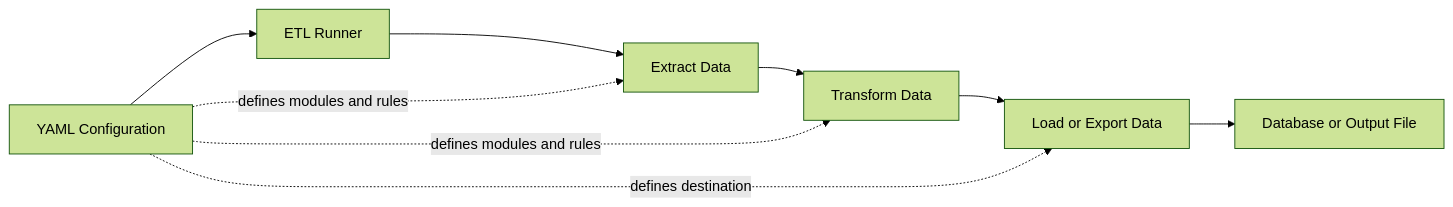
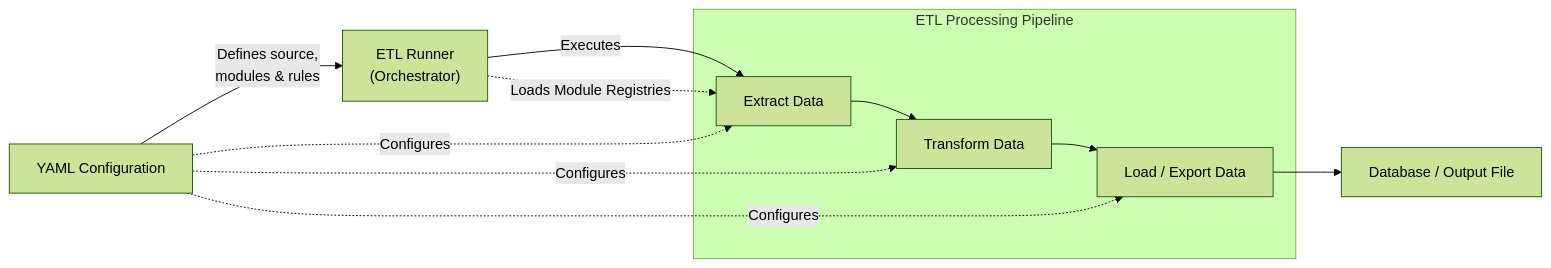
Before and after one commit to Config-Repository/MockUps: the diagram in ETLDemo/outline.mmd, drawn with Mermaid (forest theme).

Commit message:
removing drafted mmd

```diff
--- a/ETLDemo/outline.mmd
+++ b/ETLDemo/outline.mmd
@@ -1,10 +1,25 @@
 flowchart LR
-    A["YAML Configuration"] --> B["ETL Runner"]
-    B --> C["Extract Data"]
-    C --> D["Transform Data"]
-    D --> E["Load or Export Data"]
-    E --> F["Database or Output File"]
 
-    A -. defines modules and rules .-> C
-    A -. defines modules and rules .-> D
-    A -. defines destination .-> E
+    A["YAML Configuration"]
+    B["ETL Runner<br/>(Orchestrator)"]
+
+    subgraph PIPELINE["ETL Processing Pipeline"]
+        C["Extract Data"]
+        D["Transform Data"]
+        E["Load / Export Data"]
+    end
+
+    F["Database / Output File"]
+
+    A -->|Defines source,<br/>modules & rules| B
+
+    B -->|Executes| C
+    C --> D
+    D --> E
+    E --> F
+
+    A -. Configures .-> C
+    A -. Configures .-> D
+    A -. Configures .-> E
+
+    B -. Loads Module Registries .-> C
```
